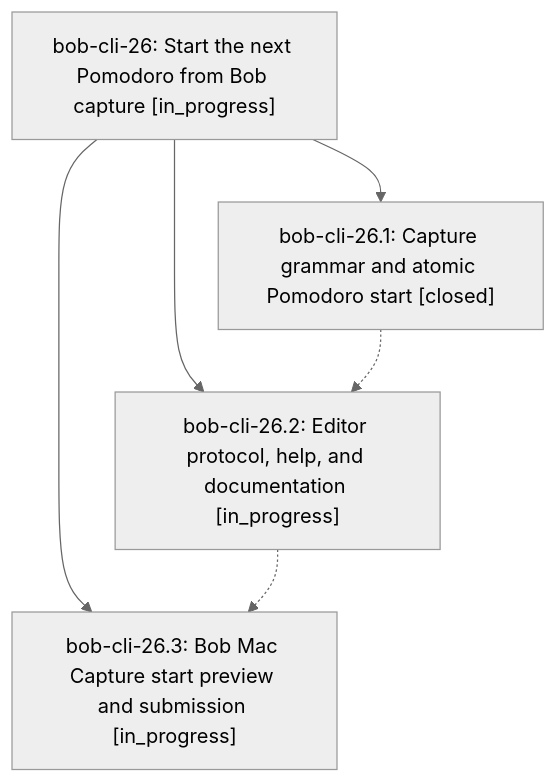
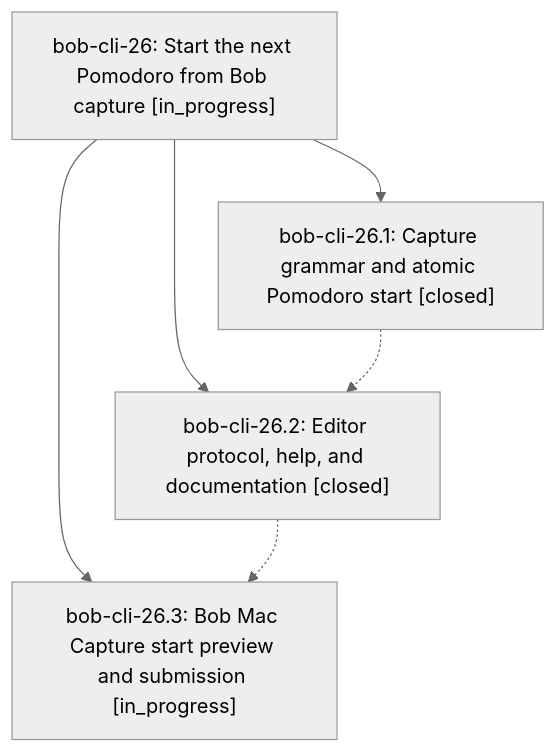
The diagram in pages/bob-cli-26/README.md (bobs-org/bob-cli--beads), drawn with Mermaid (neutral theme) before and after one commit. The commit also changed other lines of this file and 3 other files, not shown here.

First line of the commit message:
chore(beads): sync bead state and pages for bob-cli-26

````diff
--- a/pages/bob-cli-26/README.md
+++ b/pages/bob-cli-26/README.md
@@ -24,12 +24,12 @@
 ```mermaid
 flowchart TD
     n0["bob-cli-26: Start the next Pomodoro from Bob capture [in_progress]"]
     n1["bob-cli-26.1: Capture grammar and atomic Pomodoro start [closed]"]
-    n2["bob-cli-26.2: Editor protocol, help, and documentation [in_progress]"]
+    n2["bob-cli-26.2: Editor protocol, help, and documentation [closed]"]
     n3["bob-cli-26.3: Bob Mac Capture start preview and submission [in_progress]"]
     n0 --> n1
     n0 --> n2
     n0 --> n3
     n1 -.-> n2
     n2 -.-> n3
 ```
````
